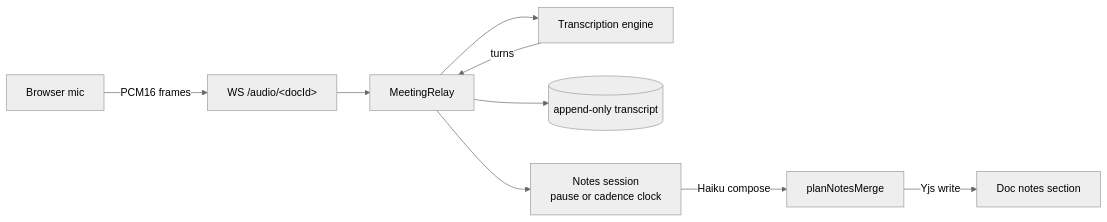
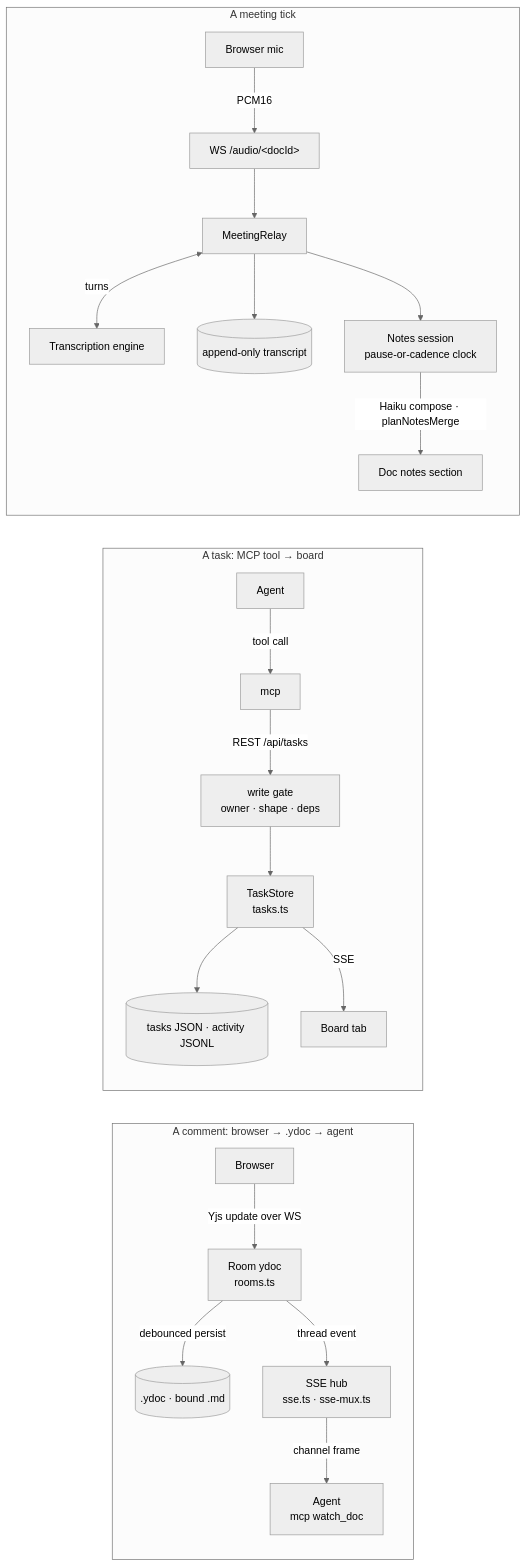
One commit to fryanpan/claude-live-feedback-plugin changed the second of 2 diagrams in docs/architecture/overview.md. Above: the diagram before and after it, drawn with Mermaid (neutral theme). The commit also changed other lines of this file, not shown here.

First line of the commit message:
docs: redraw the architecture overview against the post-split server

````diff
--- a/docs/architecture/overview.md
+++ b/docs/architecture/overview.md
@@ -208,11 +82,21 @@
 ```mermaid
 flowchart LR
-  Mic[Browser mic] -->|PCM16 frames| WS["WS /audio/&lt;docId&gt;"]
-  WS --> Relay[MeetingRelay]
-  Relay --> Eng[Transcription engine]
-  Eng -->|turns| Relay
-  Relay --> Store[(append-only transcript)]
-  Relay --> Notes["Notes session<br/>pause or cadence clock"]
-  Notes -->|Haiku compose| Merge[planNotesMerge]
-  Merge -->|Yjs write| Room[Doc notes section]
+  subgraph f1["A comment: browser → .ydoc → agent"]
+    B1[Browser] -->|Yjs update over WS| R1["Room ydoc<br/>rooms.ts"]
+    R1 -->|debounced persist| Y1[(".ydoc · bound .md")]
+    R1 -->|thread event| S1["SSE hub<br/>sse.ts · sse-mux.ts"]
+    S1 -->|channel frame| A1["Agent<br/>mcp watch_doc"]
+  end
+  subgraph f2["A task: MCP tool → board"]
+    A2[Agent] -->|tool call| M2[mcp] -->|"REST /api/tasks"| G2["write gate<br/>owner · shape · deps"]
+    G2 --> T2["TaskStore<br/>tasks.ts"] --> J2[("tasks JSON · activity JSONL")]
+    T2 -->|SSE| H2[Board tab]
+  end
+  subgraph f3["A meeting tick"]
+    Mic[Browser mic] -->|PCM16| W3["WS /audio/&lt;docId&gt;"] --> Rl[MeetingRelay]
+    Rl <-->|turns| En[Transcription engine]
+    Rl --> St[("append-only transcript")]
+    Rl --> N3["Notes session<br/>pause-or-cadence clock"]
+    N3 -->|"Haiku compose · planNotesMerge"| D3[Doc notes section]
+  end
 ```
````
